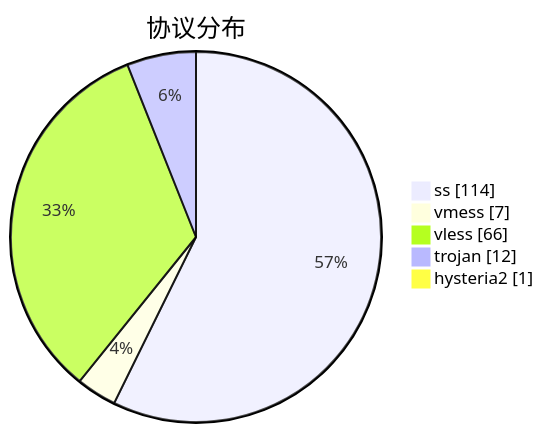
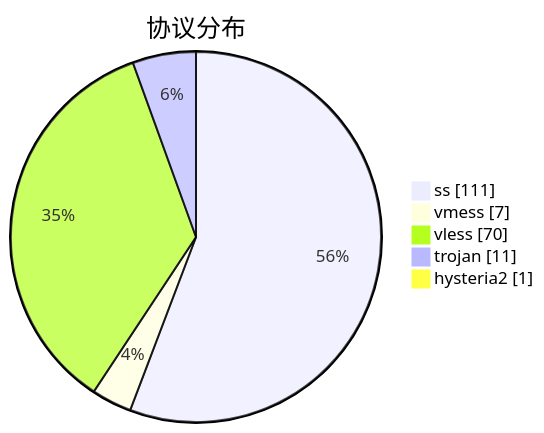
The third of 3 diagrams in subs/statistics/tested_within.md (qjlxg/airport), drawn with Mermaid before and after one commit. The commit also changed other lines of this file and 2 other files, not shown here.

````diff
--- a/subs/statistics/tested_within.md
+++ b/subs/statistics/tested_within.md
@@ -27,9 +27,9 @@
 ```mermaid
 pie showData
 title 协议分布
-"ss" : 114
+"ss" : 111
 "vmess" : 7
-"vless" : 66
-"trojan" : 12
+"vless" : 70
+"trojan" : 11
 "hysteria2" : 1
 ```
````
